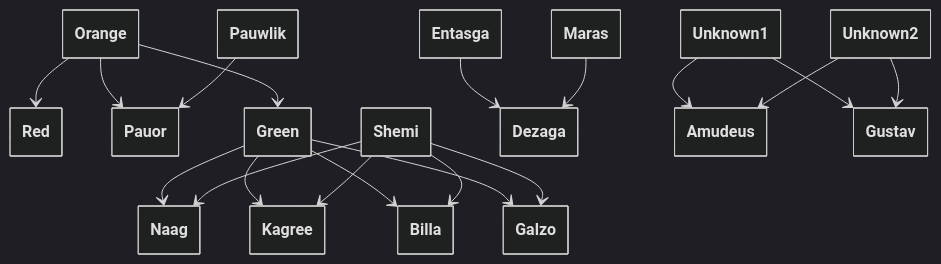
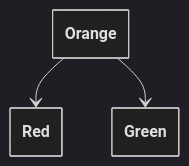
Before and after one commit to WuphonsReach/rimworld-notes: the diagram in plays/SparrowTribe2025/FamilyTrees.md, drawn with Mermaid (dark theme). The commit also changed 13 other files, not shown here.

````diff
--- a/plays/SparrowTribe2025/FamilyTrees.md
+++ b/plays/SparrowTribe2025/FamilyTrees.md
@@ -5,26 +5,10 @@
 ```mermaid
 ---
   config:
     class:
       hideEmptyMembersBox: true
 ---
 classDiagram
   Orange --> Red
-  Orange --> Pauor
-  Pauwlik --> Pauor
   Orange --> Green
-  Green --> Naag
-  Green --> Kagree
-  Green --> Billa
-  Green --> Galzo
-  Shemi --> Naag
-  Shemi --> Kagree
-  Shemi --> Billa
-  Shemi --> Galzo
-  Entasga --> Dezaga
-  Maras --> Dezaga
-  Unknown1 --> Amudeus
-  Unknown2 --> Amudeus
-  Unknown1 --> Gustav
-  Unknown2 --> Gustav
 ```
````
